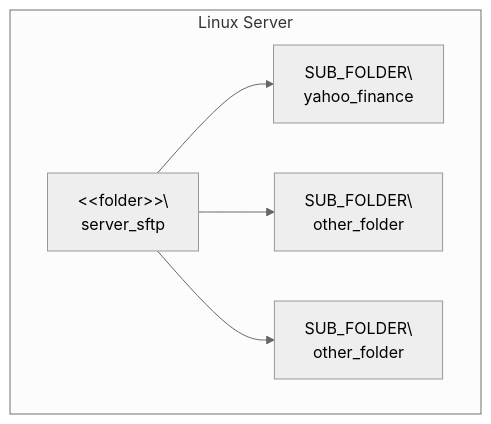
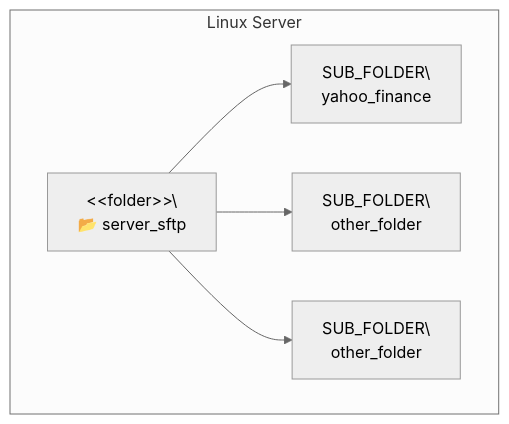
One commit to TrulyDigital/DATA_STREET changed the second of 3 diagrams in server_sftp/README.md. Above: the diagram before and after it, drawn with Mermaid (neutral theme).

Commit message:
update: server_sftp README.md

````diff
--- a/server_sftp/README.md
+++ b/server_sftp/README.md
@@ -14,13 +14,13 @@
 ```mermaid
 graph TD
     subgraph Contenedor_A [Linux Server]
-        A1[&lt;&lt;folder&gt;&gt;\<br/> server_sftp]
+        A1[&lt;&lt;folder&gt;&gt;\<br/> 📂 server_sftp]
         A2[SUB_FOLDER\<br/> yahoo_finance]
         A3[SUB_FOLDER\<br/> other_folder]
         A4[SUB_FOLDER\<br/> other_folder]
     end
 
     A1 --> A2
     A1 --> A3
     A1 --> A4
 ```
````
